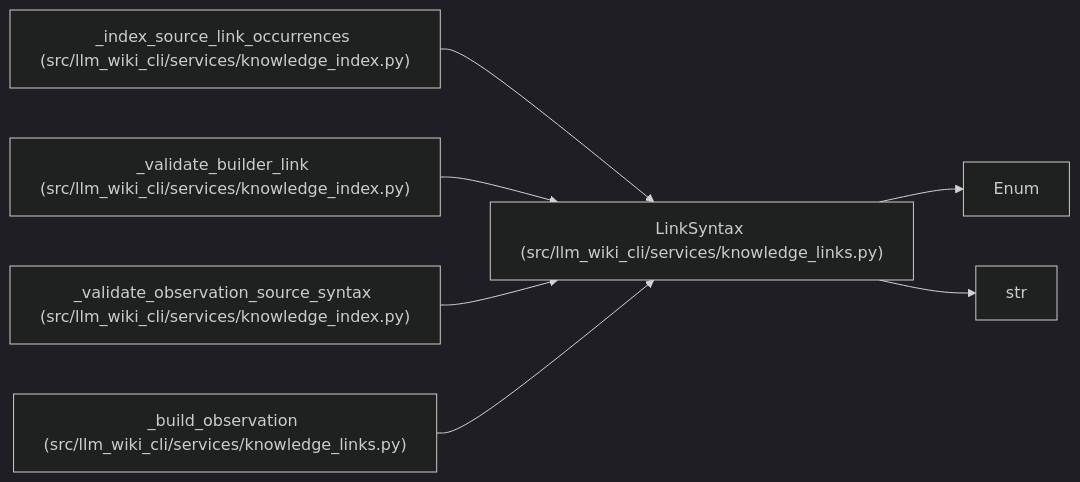
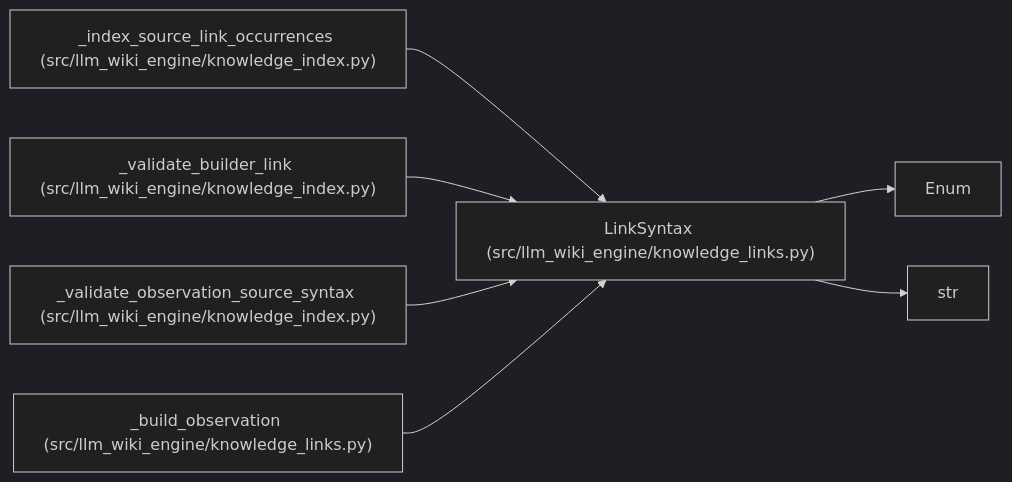
One commit to Denissvgn/python-wiki-llm changed the diagram in docs/llm_wiki/entities/LinkSyntax.md. Above: the diagram before and after it, drawn with Mermaid (dark theme). The commit also changed other lines of this file and 1058 other files, not shown here.

First line of the commit message:
docs: refresh the wiki for the knowledge store move

````diff
--- a/docs/llm_wiki/entities/LinkSyntax.md
+++ b/docs/llm_wiki/entities/LinkSyntax.md
@@ -27,21 +27,21 @@
 ```mermaid
 flowchart LR
-    n0["LinkSyntax (src/llm_wiki_cli/services/knowledge_links.py)"]
+    n0["LinkSyntax (src/llm_wiki_engine/knowledge_links.py)"]
     n1["Enum"]
     n2["str"]
-    n3["_index_source_link_occurrences (src/llm_wiki_cli/services/knowledge_index.py)"]
-    n4["_validate_builder_link (src/llm_wiki_cli/services/knowledge_index.py)"]
-    n5["_validate_observation_source_syntax (src/llm_wiki_cli/services/knowledge_index.py)"]
-    n6["_build_observation (src/llm_wiki_cli/services/knowledge_links.py)"]
+    n3["_index_source_link_occurrences (src/llm_wiki_engine/knowledge_index.py)"]
+    n4["_validate_builder_link (src/llm_wiki_engine/knowledge_index.py)"]
+    n5["_validate_observation_source_syntax (src/llm_wiki_engine/knowledge_index.py)"]
+    n6["_build_observation (src/llm_wiki_engine/knowledge_links.py)"]
     n0 --> n1
     n0 --> n2
     n3 --> n0
     n4 --> n0
     n5 --> n0
     n6 --> n0
     click n0 "../modules/knowledge_links.md"
     click n3 "../modules/knowledge_index.md"
     click n4 "../modules/knowledge_index.md"
     click n5 "../modules/knowledge_index.md"
     click n6 "../modules/knowledge_links.md"
 ```
````
